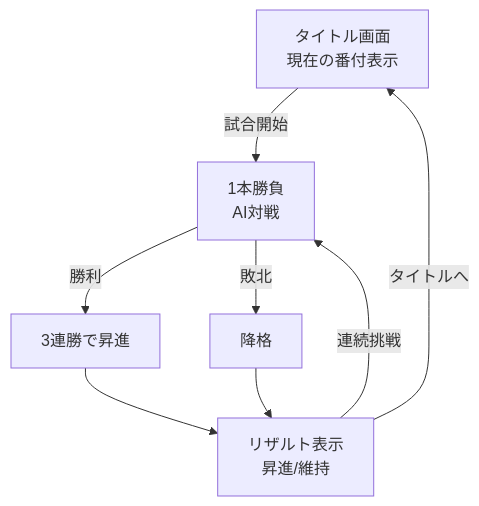
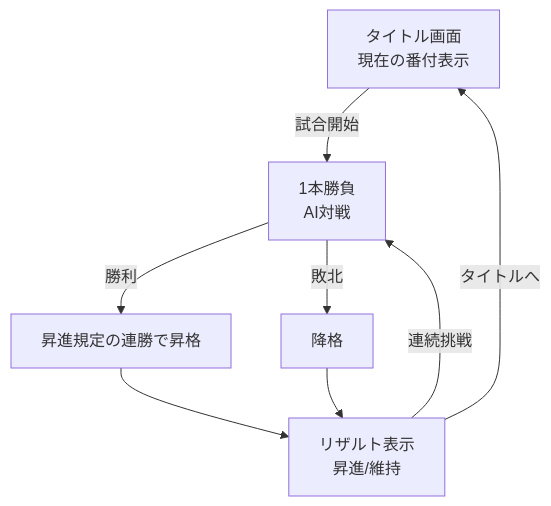
The diagram in README.md (usagi917/sumo_game), drawn with Mermaid before and after one commit. The commit also changed other lines of this file, not shown here.

````diff
--- a/README.md
+++ b/README.md
@@ -71,10 +71,10 @@
 ```mermaid
 flowchart TD
   T[タイトル画面<br/>現在の番付表示] -->|試合開始| B[1本勝負<br/>AI対戦]
-  B -->|勝利| W[3連勝で昇進]
+  B -->|勝利| W[昇進規定の連勝で昇格]
   B -->|敗北| L[降格]
   W --> RES[リザルト表示<br/>昇進/維持]
   L --> RES
   RES -->|連続挑戦| B
   RES -->|タイトルへ| T
 ```
````
